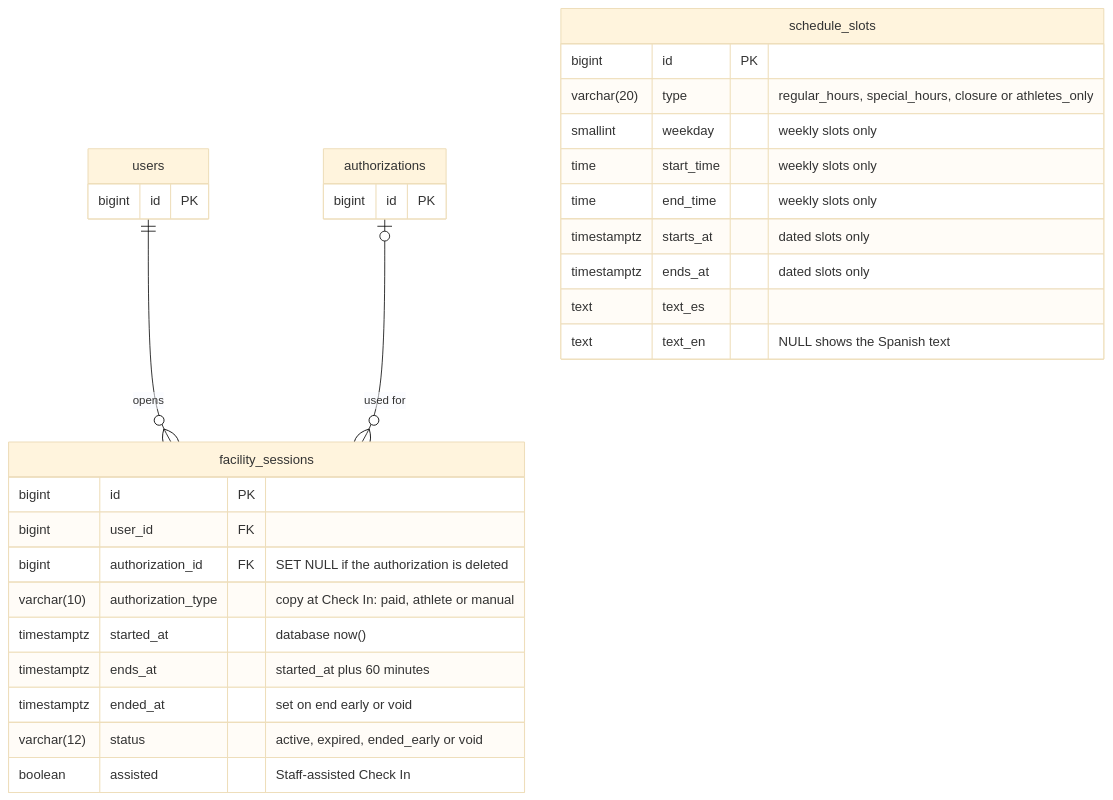
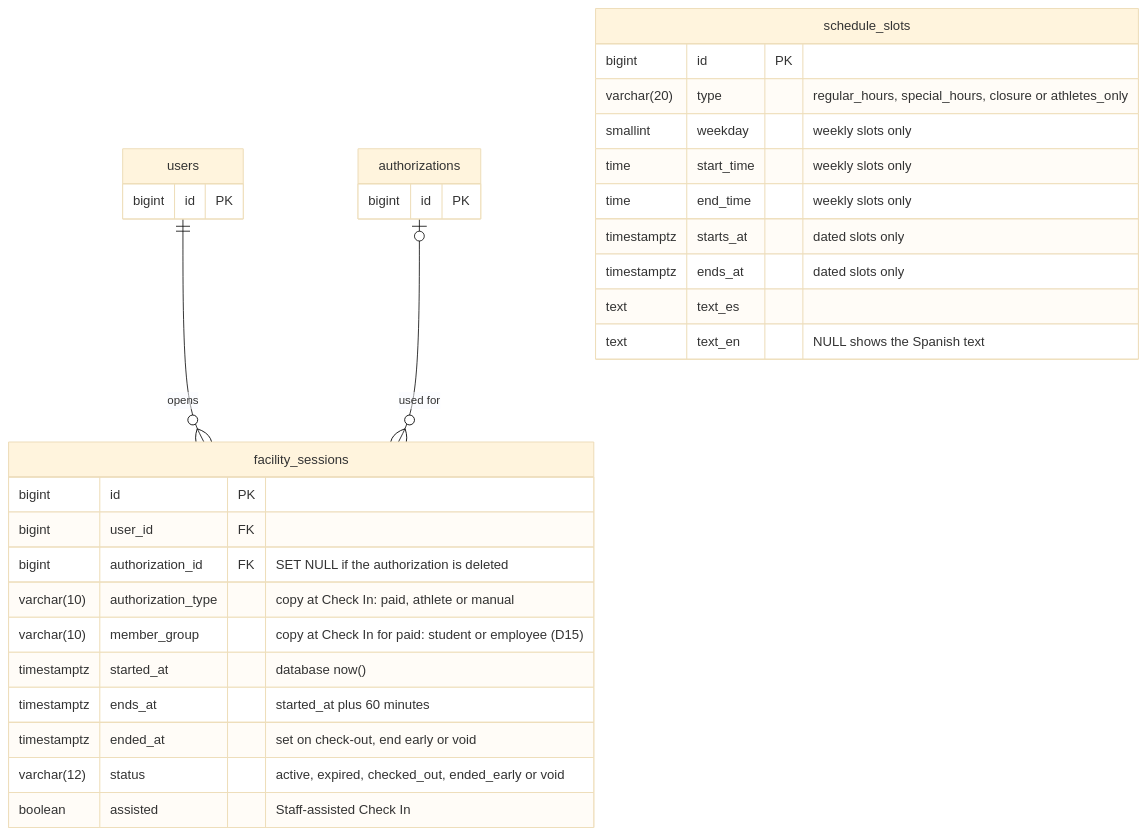
Before and after one commit to Th3-Minorities/natatorio-gym-app: the third of 4 diagrams in docs/design/data-model.md, drawn with Mermaid (base theme). The commit also changed other lines of this file, not shown here.

Commit message:
Update the data model for staff accounts, check-out, roster sport and employees

````diff
--- a/docs/design/data-model.md
+++ b/docs/design/data-model.md
@@ -204,34 +206,35 @@
 ```mermaid
 erDiagram
   users ||--o{ facility_sessions : "opens"
   authorizations |o--o{ facility_sessions : "used for"
 
   users {
     bigint id PK
   }
   authorizations {
     bigint id PK
   }
   facility_sessions {
     bigint id PK
     bigint user_id FK
     bigint authorization_id FK "SET NULL if the authorization is deleted"
     varchar(10) authorization_type "copy at Check In: paid, athlete or manual"
+    varchar(10) member_group "copy at Check In for paid: student or employee (D15)"
     timestamptz started_at "database now()"
     timestamptz ends_at "started_at plus 60 minutes"
-    timestamptz ended_at "set on end early or void"
-    varchar(12) status "active, expired, ended_early or void"
+    timestamptz ended_at "set on check-out, end early or void"
+    varchar(12) status "active, expired, checked_out, ended_early or void"
     boolean assisted "Staff-assisted Check In"
   }
   schedule_slots {
     bigint id PK
     varchar(20) type "regular_hours, special_hours, closure or athletes_only"
     smallint weekday "weekly slots only"
     time start_time "weekly slots only"
     time end_time "weekly slots only"
     timestamptz starts_at "dated slots only"
     timestamptz ends_at "dated slots only"
     text text_es
     text text_en "NULL shows the Spanish text"
   }
 ```
````
